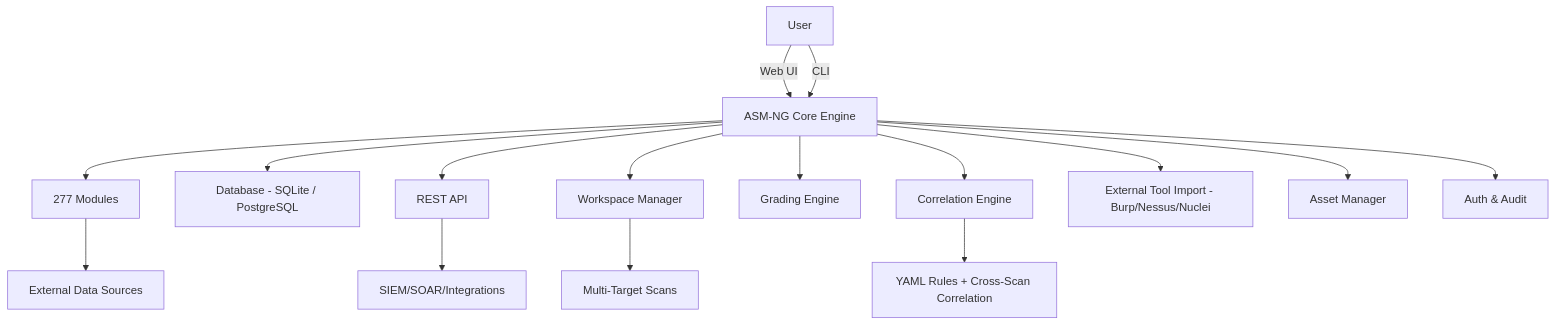
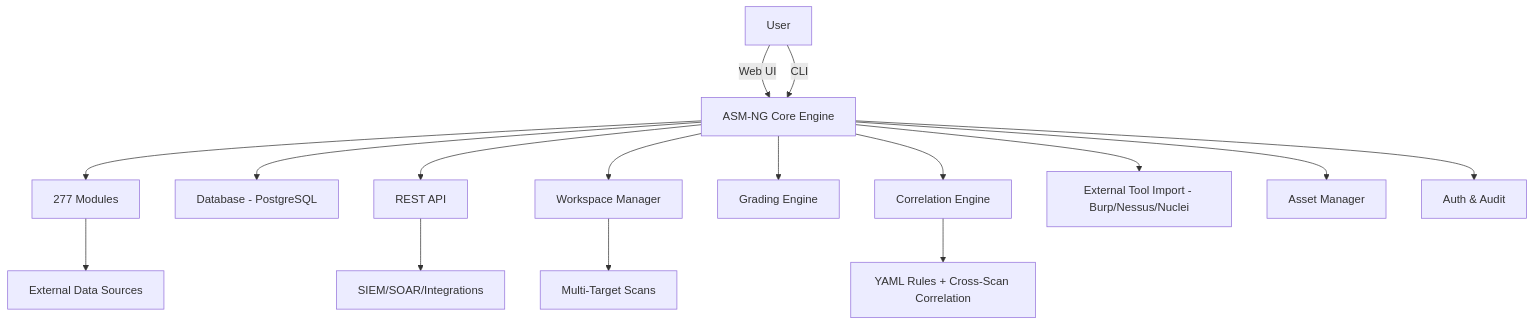
The second of 2 diagrams in README.md (0x31i/asm-ng), drawn with Mermaid before and after one commit. The commit also changed other lines of this file and 16 other files, not shown here.

First line of the commit message:
Remove all SQLite references, update docs and UI for PostgreSQL-only (Step 3 of 3)

````diff
--- a/README.md
+++ b/README.md
@@ -408,18 +397,18 @@
 ```mermaid
 graph TD;
     A[User] -->|Web UI| B[ASM-NG Core Engine];
     A -->|CLI| B;
     B --> C[277 Modules];
-    B --> D[Database - SQLite / PostgreSQL];
+    B --> D[Database - PostgreSQL];
     B --> E[REST API];
     B --> F[Workspace Manager];
     B --> G[Grading Engine];
     B --> H[Correlation Engine];
     C --> I[External Data Sources];
     E --> J[SIEM/SOAR/Integrations];
     F --> K[Multi-Target Scans];
     H --> L[YAML Rules + Cross-Scan Correlation];
     B --> M[External Tool Import - Burp/Nessus/Nuclei];
     B --> N[Asset Manager];
     B --> O[Auth & Audit];
 ```
````
